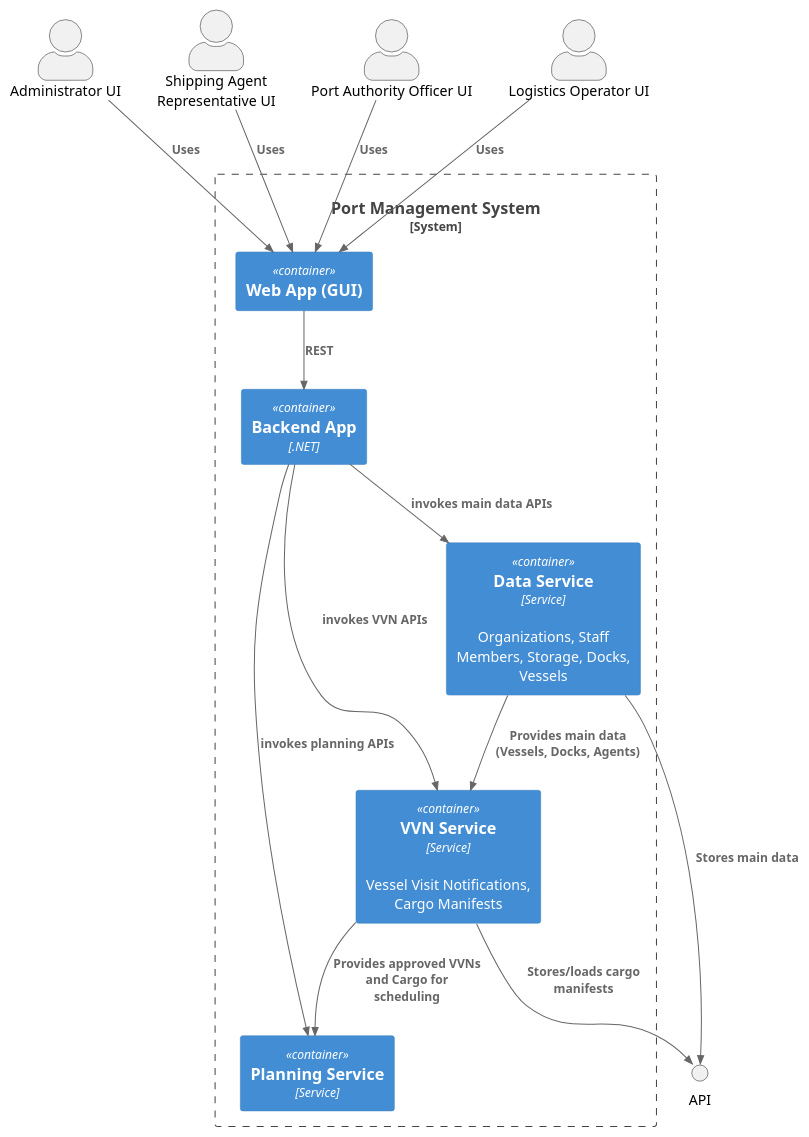
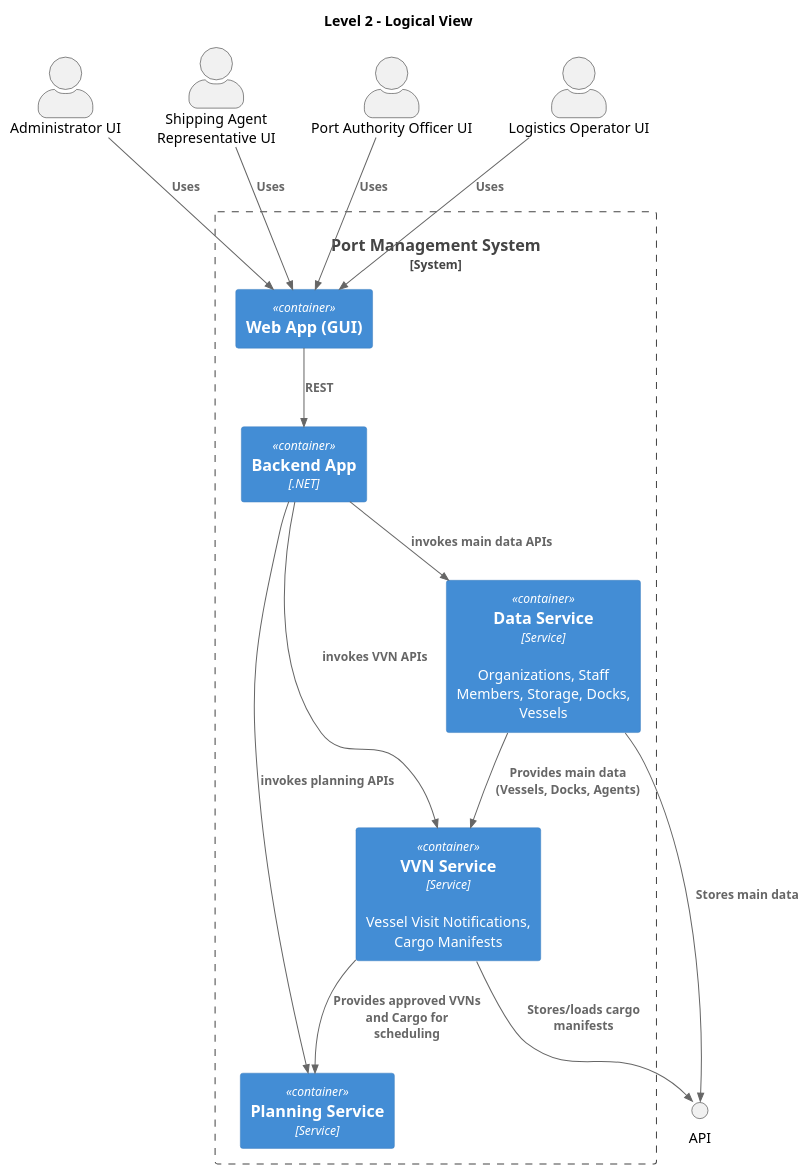
Before and after one commit to Departamento-de-Engenharia-Informatica/LEI-SEM5-PI-2025-26-3DK-04: the diagram in docs/sprint1/level2/logical_view/logical_view.puml, drawn with PlantUML. The commit also changed 1 other file, not shown here.

```diff
--- a/docs/sprint1/level2/logical_view/logical_view.puml
+++ b/docs/sprint1/level2/logical_view/logical_view.puml
@@ -1,36 +1,38 @@
 @startuml
 !include https://raw.githubusercontent.com/plantuml-stdlib/C4-PlantUML/master/C4_Container.puml
 LAYOUT_TOP_DOWN()
+
+title Level 2 - Logical View
 
 actor admin  as "Administrator UI"
 actor agent   as "Shipping Agent Representative UI"
 actor officer as "Port Authority Officer UI"
 actor operator as "Logistics Operator UI"
 interface "API" as API
 
 System_Boundary(pms, "Port Management System") {
 
   Container(gui, "Web App (GUI)")
   Container(api, "Backend App", ".NET")
 
   Container(planning, "Planning Service", "Service")
   Container(mdv, "VVN Service", "Service", "Vessel Visit Notifications, Cargo Manifests")
   Container(mdr, "Data Service", "Service", "Organizations, Staff Members, Storage, Docks, Vessels")
 }
 
 Rel(agent, gui, "Uses")
 Rel(officer, gui, "Uses")
 Rel(operator, gui, "Uses")
 Rel(admin, gui, "Uses")
 
 Rel(gui, api, "REST")
 Rel(api, planning, "invokes planning APIs")
 Rel(api, mdv, "invokes VVN APIs")
 Rel(api, mdr, "invokes main data APIs")
 
 Rel(mdv, planning, "Provides approved VVNs and Cargo for scheduling")
 Rel(mdr, mdv, "Provides main data (Vessels, Docks, Agents)")
 
 Rel(mdv, API, "Stores/loads cargo manifests")
 Rel(mdr, API, "Stores main data")
 @enduml
```
